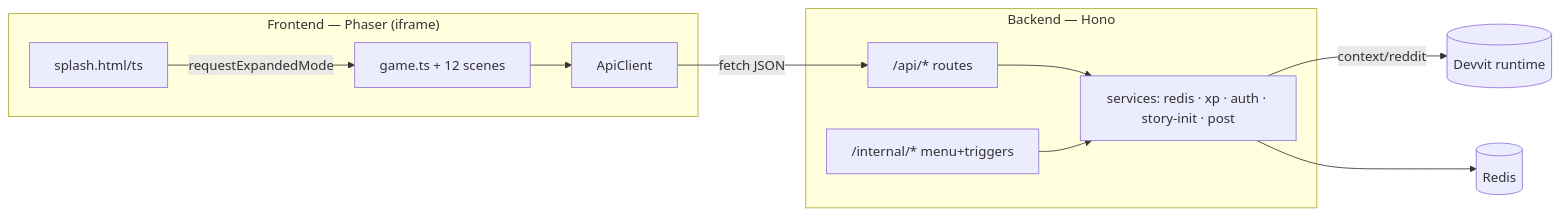
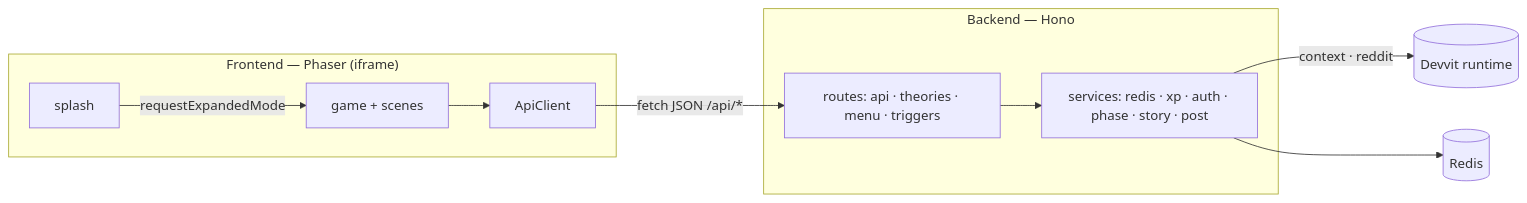
One commit to alishasajjad/Mystery-Agency changed the diagram in README.md. Above: the diagram before and after it, drawn with Mermaid. The commit also changed other lines of this file and 19 other files, not shown here.

````diff
--- a/README.md
+++ b/README.md
@@ -116,17 +63,15 @@
 ```mermaid
 flowchart LR
     subgraph Client["Frontend — Phaser (iframe)"]
-      SP[splash.html/ts] -->|requestExpandedMode| GM[game.ts + 12 scenes]
+      SP[splash] -->|requestExpandedMode| GM[game + scenes]
       GM --> AC[ApiClient]
     end
     subgraph Server["Backend — Hono"]
-      API["/api/* routes"]
-      INT["/internal/* menu+triggers"]
-      CORE["services: redis · xp · auth · story-init · post"]
-      API --> CORE
-      INT --> CORE
+      RT["routes: api · theories · menu · triggers"]
+      SVC["services: redis · xp · auth · phase · story · post"]
+      RT --> SVC
     end
-    AC -->|fetch JSON| API
-    CORE -->|context/reddit| DEVVIT[(Devvit runtime)]
-    CORE --> REDIS[(Redis)]
+    AC -->|fetch JSON /api/*| RT
+    SVC -->|context · reddit| Devvit[(Devvit runtime)]
+    SVC --> Redis[(Redis)]
 ```
````
